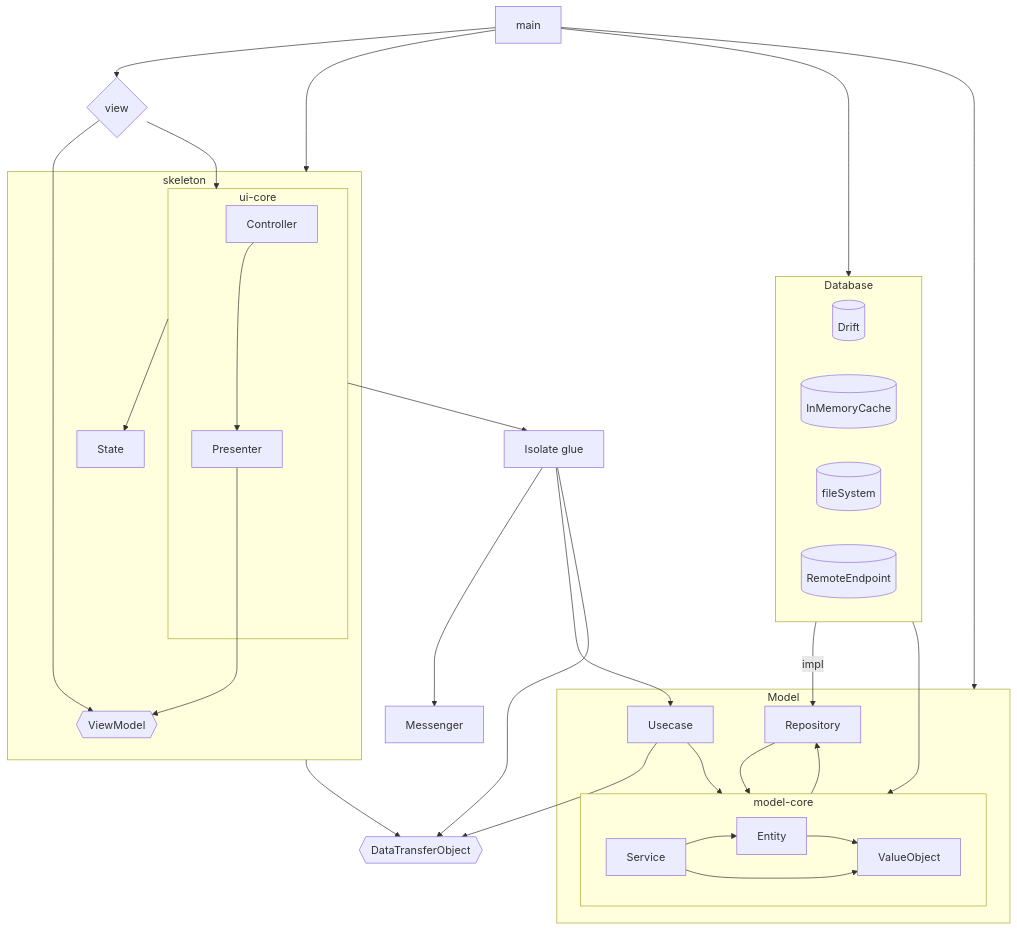
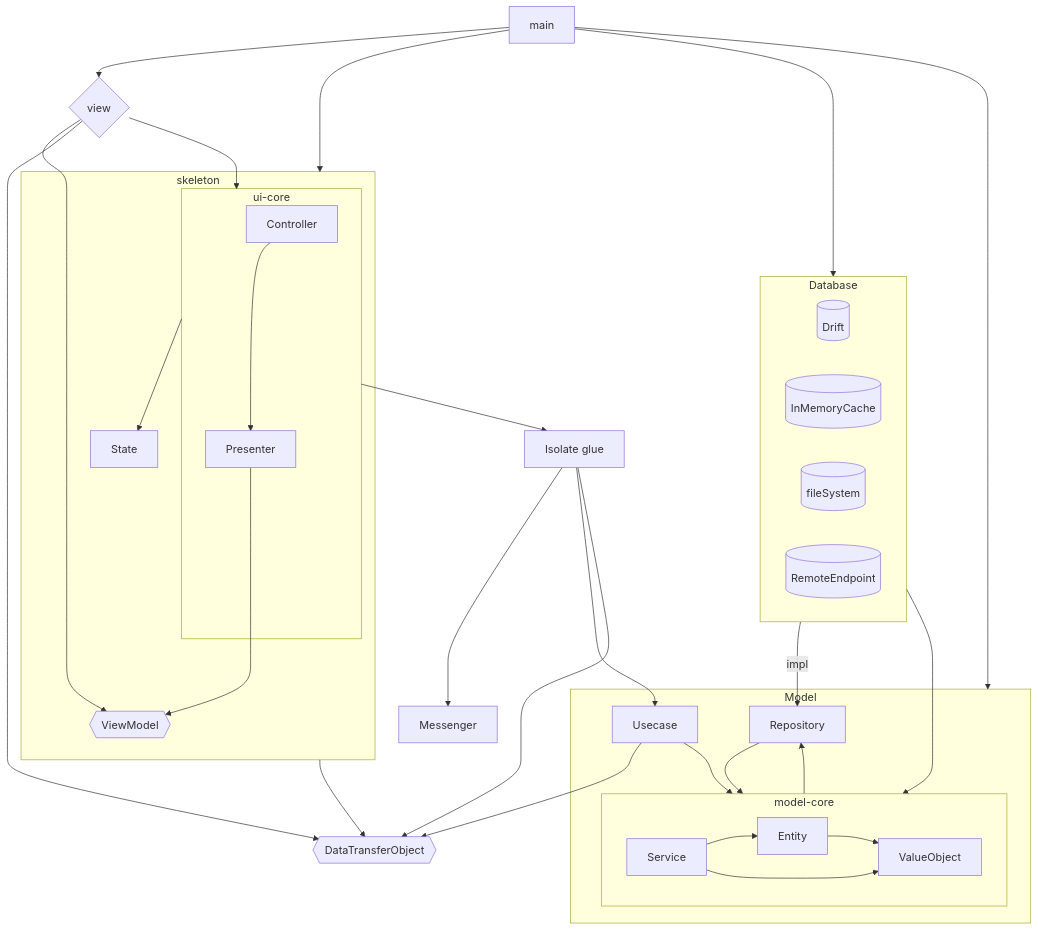
The first of 2 diagrams in docs/architecture.md (HBenpitsu/miraibov2), drawn with Mermaid before and after one commit. The commit also changed other lines of this file and 28 other files, not shown here.

````diff
--- a/docs/architecture.md
+++ b/docs/architecture.md
@@ -78,71 +77,72 @@
 ```mermaid
 flowchart TB
 	main
 
 	view{view}
 	view --> ViewModel
 	view --> ui-core
 	subgraph skeleton
 
 		subgraph ui-core
 			Controller-->Presenter
 		end
 
 		ViewModel{{ViewModel}}
 		State
 
 		Presenter-->ViewModel
 		ui-core-->State
 
 	end
 
 
 	isoglue[Isolate glue]
 	Messenger
 
 	ui-core-->isoglue
 	isoglue-->Messenger
 	isoglue-->Usecase
 
 	subgraph Model
 		Usecase
 
 		subgraph model-core
 
 			Service
 			Entity
 			ValueObject
 
 			Service-->Entity
 			Entity-->ValueObject
 			Service-->ValueObject
 
 		end
 
 		Repository
 
 		Usecase-->model-core
 		model-core-->Repository
 		Repository-->model-core
 	end
 
 	subgraph Database
 		drift[(Drift)]
 		inMemory[(InMemoryCache)]
 		fileSystem[(fileSystem)]
 		remote[(RemoteEndpoint)]
 	end
 
 	Database --impl--> Repository
 	Database --> model-core
 
 	main-->view
 	main-->skeleton
 	main-->Database
 	main-->Model
 
 	DataTransferObject{{DataTransferObject}}
 	Usecase-->DataTransferObject
 	isoglue-->DataTransferObject
 	skeleton-->DataTransferObject
+	view-->DataTransferObject
 ```
````
